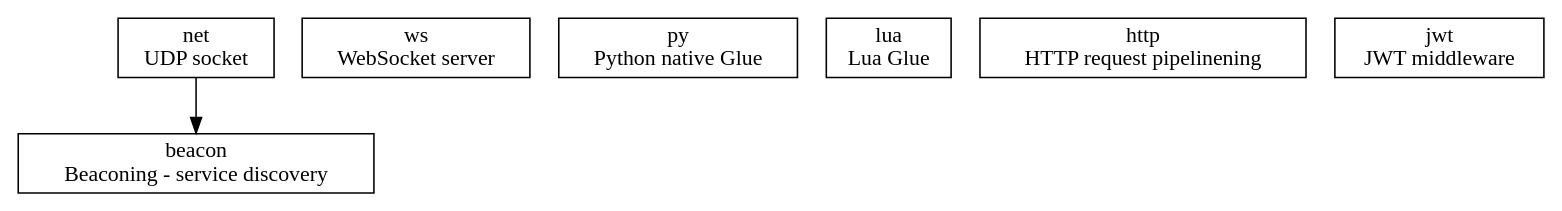
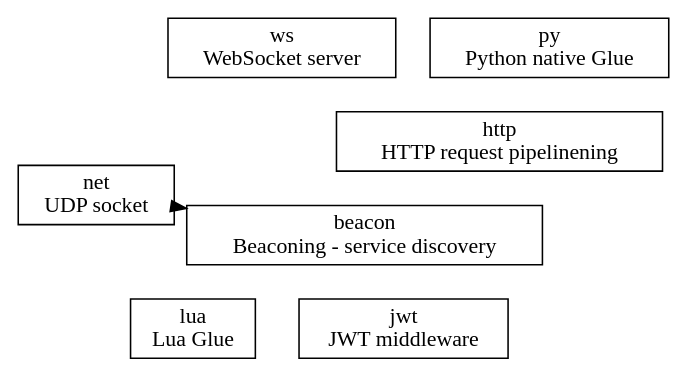
Before and after one commit to isn-/dfk: the diagram in doc/future.dot, drawn with Graphviz. The commit also changed 1 other file, not shown here.

Commit message:
doc: Enable "neato" rendering for dot diagrams

```diff
--- a/doc/future.dot
+++ b/doc/future.dot
@@ -1,19 +1,20 @@
 digraph "DFK Library Roadmap - Future" {
   node [shape=box];
-  ratio="compress";
+  overlap=false;
+  layout=neato;
 
   udp_socket [label="net\nUDP socket"];
 
   beacon [label="beacon\nBeaconing - service discovery"];
     udp_socket -> beacon;
 
   ws [label="ws\nWebSocket server"];
 
   python [label="py\nPython native Glue"];
 
   lua [label="lua\nLua Glue"];
 
   pipelinening [label="http\nHTTP request pipelinening"];
 
   jwt [label="jwt\nJWT middleware"];
 }
```
